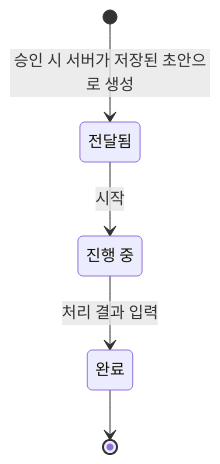
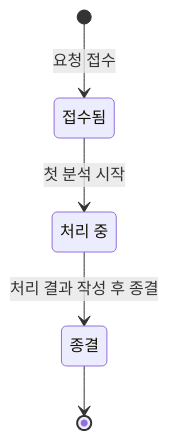
The third of 6 diagrams in README.md (lgd12345/M2-1_codyssey_Final_Project), drawn with Mermaid before and after one commit. The commit also changed other lines of this file and 37 other files, not shown here.

````diff
--- a/README.md
+++ b/README.md
@@ -211,10 +145,10 @@
 ```mermaid
 stateDiagram-v2
-    state "전달됨" as DELIVERED
-    state "진행 중" as WORKING
-    state "완료" as DONE
-    [*] --> DELIVERED : 승인 시 서버가 저장된 초안으로 생성
-    DELIVERED --> WORKING : 시작
-    WORKING --> DONE : 처리 결과 입력
-    DONE --> [*]
+    state "접수됨" as RECEIVED
+    state "처리 중" as IN_PROGRESS
+    state "종결" as CLOSED
+    [*] --> RECEIVED : 요청 접수
+    RECEIVED --> IN_PROGRESS : 첫 분석 시작
+    IN_PROGRESS --> CLOSED : 처리 결과 작성 후 종결
+    CLOSED --> [*]
 ```
````
